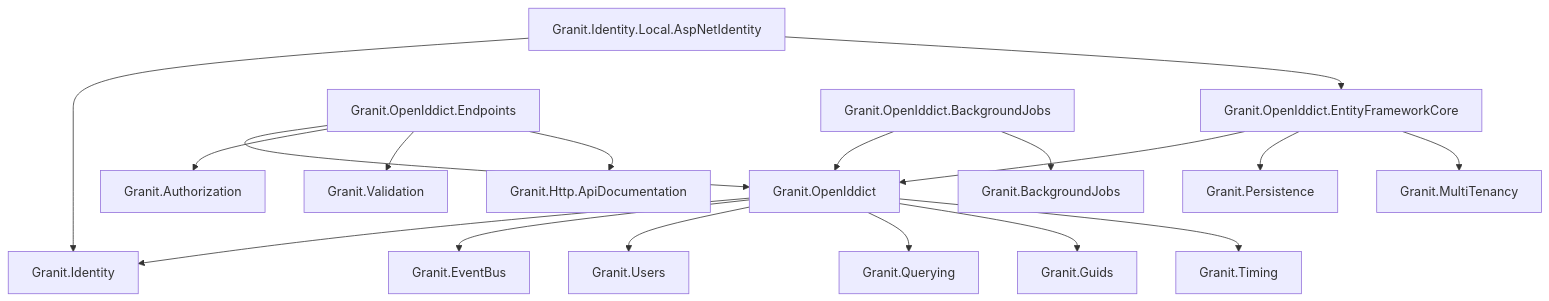
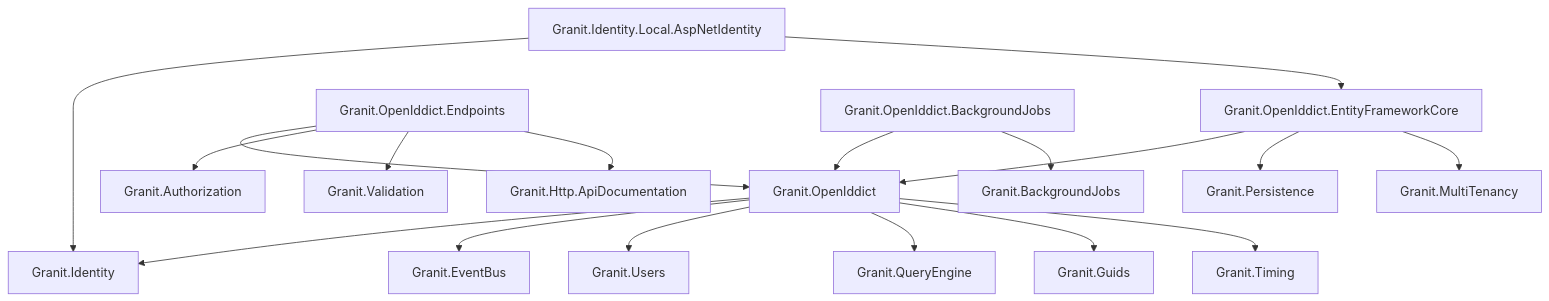
Before and after one commit to granit-fx/granit-dotnet: the diagram in docs-site/src/content/docs/dotnet/security/openiddict/index.mdx, drawn with Mermaid. The commit also changed 656 other files, not shown here.

First line of the commit message:
refactor: rename Granit.Querying to Granit.QueryEngine

````diff
--- a/docs-site/src/content/docs/dotnet/security/openiddict/index.mdx
+++ b/docs-site/src/content/docs/dotnet/security/openiddict/index.mdx
@@ -55,24 +55,24 @@
 ```mermaid
 graph TD
     OID[Granit.OpenIddict] --> IDEN[Granit.Identity]
     OID --> EVT[Granit.EventBus]
     OID --> SEC[Granit.Users]
-    OID --> QRY[Granit.Querying]
+    OID --> QRY[Granit.QueryEngine]
     OID --> GID[Granit.Guids]
     OID --> TIM[Granit.Timing]
 
     EFC[Granit.OpenIddict.EntityFrameworkCore] --> OID
     EFC --> PER[Granit.Persistence]
     EFC --> MT[Granit.MultiTenancy]
 
     IOID[Granit.Identity.Local.AspNetIdentity] --> IDEN
     IOID --> EFC
 
     EP[Granit.OpenIddict.Endpoints] --> OID
     EP --> AZ[Granit.Authorization]
     EP --> VAL[Granit.Validation]
     EP --> DOC[Granit.Http.ApiDocumentation]
 
     BG[Granit.OpenIddict.BackgroundJobs] --> OID
     BG --> BJ[Granit.BackgroundJobs]
 ```
````
